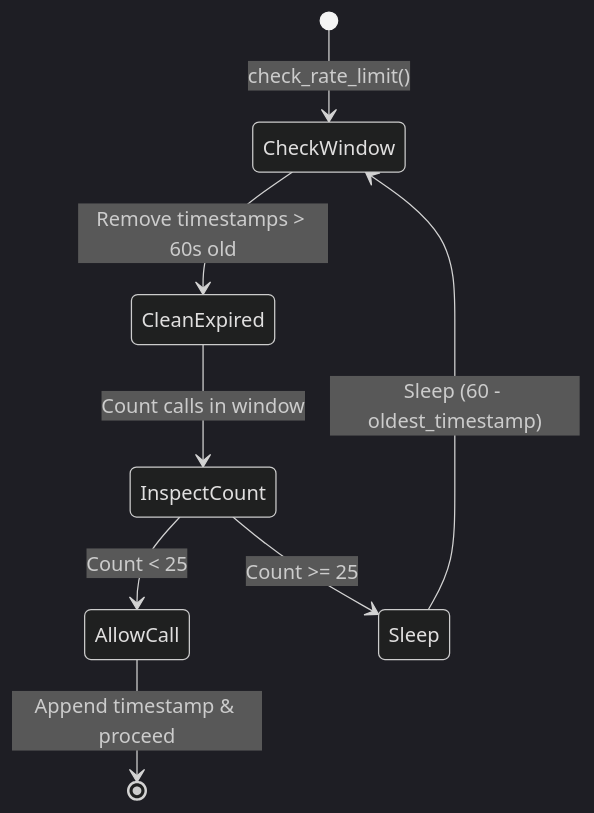
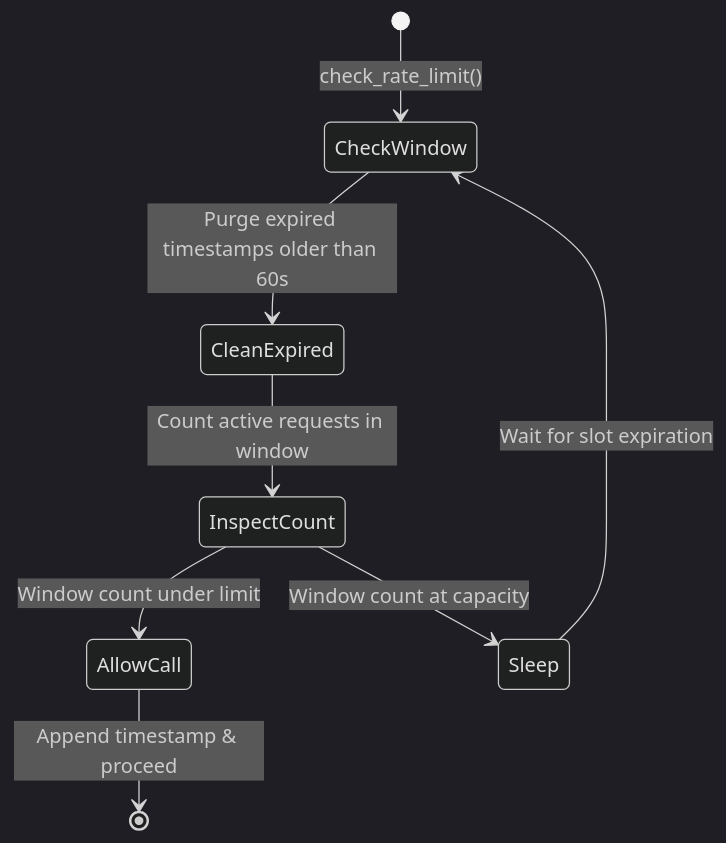
The second of 2 diagrams in docs/architecture/pipeline.md (rrmcguinness/product-gen), drawn with Mermaid (dark theme) before and after one commit. The commit also changed other lines of this file and 19 other files, not shown here.

````diff
--- a/docs/architecture/pipeline.md
+++ b/docs/architecture/pipeline.md
@@ -87,10 +87,10 @@
 ```mermaid
 stateDiagram-v2
     [*] --> CheckWindow: check_rate_limit()
-    CheckWindow --> CleanExpired: Remove timestamps > 60s old
-    CleanExpired --> InspectCount: Count calls in window
-    InspectCount --> AllowCall: Count < 25
+    CheckWindow --> CleanExpired: Purge expired timestamps older than 60s
+    CleanExpired --> InspectCount: Count active requests in window
+    InspectCount --> AllowCall: Window count under limit
     AllowCall --> [*]: Append timestamp & proceed
-    InspectCount --> Sleep: Count >= 25
-    Sleep --> CheckWindow: Sleep (60 - oldest_timestamp)
+    InspectCount --> Sleep: Window count at capacity
+    Sleep --> CheckWindow: Wait for slot expiration
 ```
````
